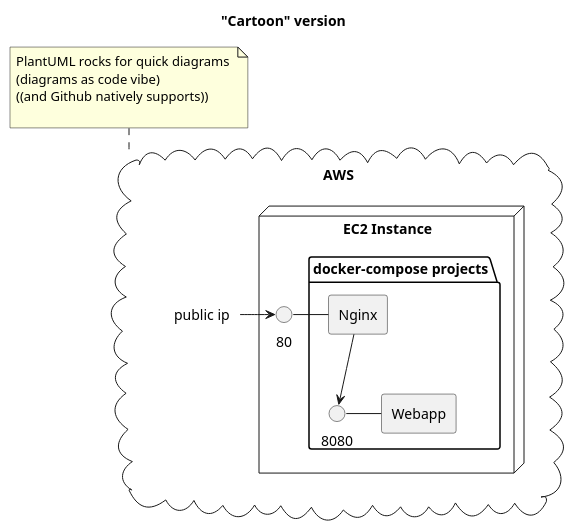
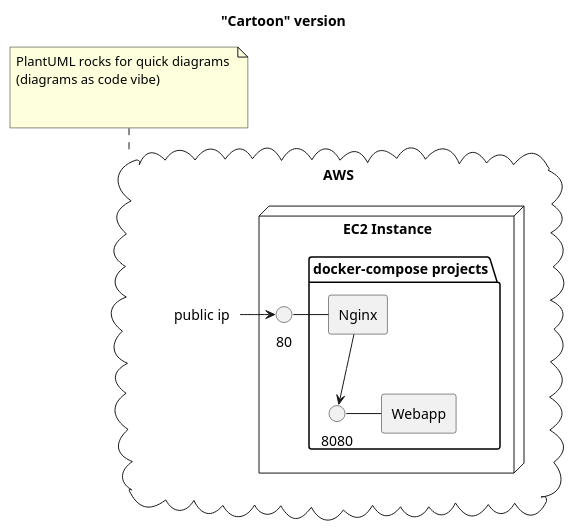
The diagram in architecture.puml (GoodGuyGroves/ayo_technical_assessment), drawn with PlantUML before and after one commit.

Commit message:
dang, github support needs hacks

```diff
--- a/architecture.puml
+++ b/architecture.puml
@@ -1,30 +1,30 @@
 @startuml
 
 title "Cartoon" version
 
 cloud "AWS" {
     label "public ip" as ip_p
     node "EC2 Instance" {
         interface "80" as ip
         folder "docker-compose projects" {
             rectangle "Nginx" 
             interface "8080" as ip_wa
             rectangle "Webapp"
             ip_wa - Webapp
             Nginx --> ip_wa
         }
 
     }
     ip - Nginx
 }
 
 ip_p -> ip
 
  note top of AWS
   PlantUML rocks for quick diagrams 
   (diagrams as code vibe)
-  ((and Github natively supports))
+
 
 end note
 
 @enduml
```
